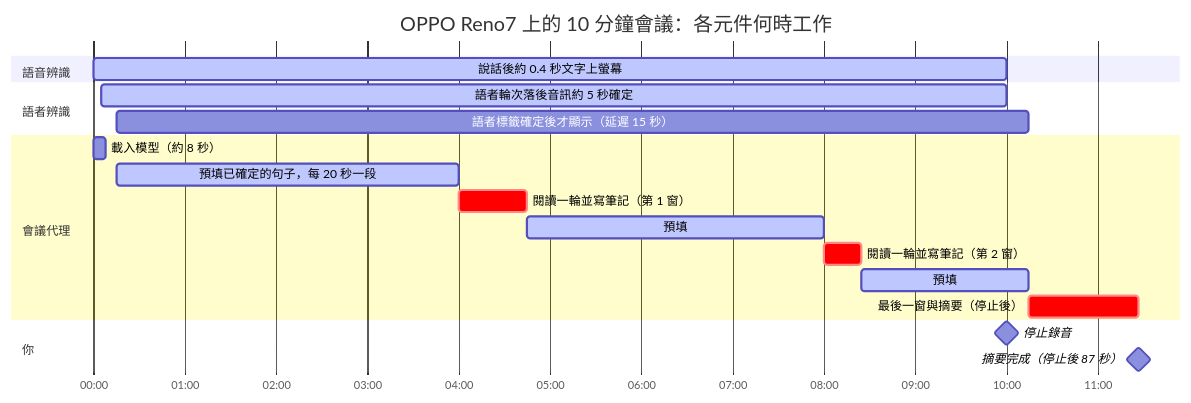
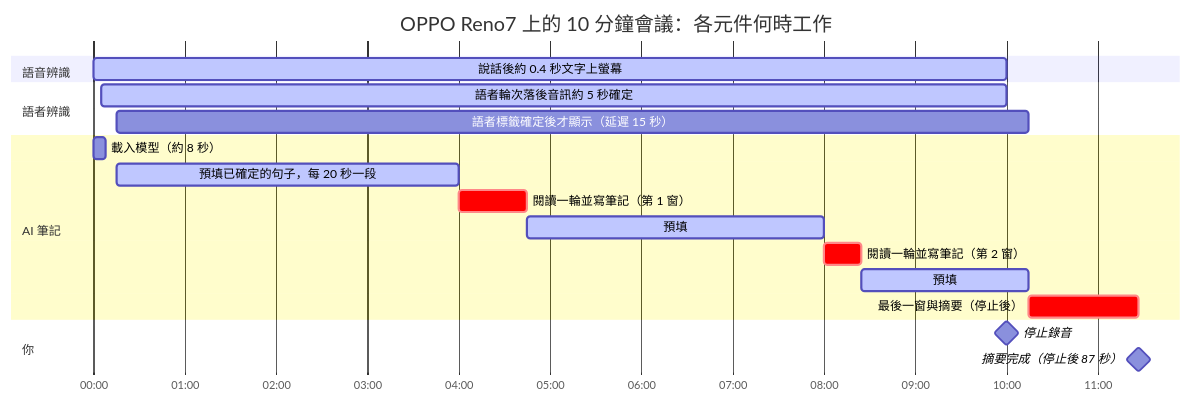
The diagram in README.md (vieenrose/VoxSum), drawn with Mermaid before and after one commit. The commit also changed other lines of this file and 6 other files, not shown here.

````diff
--- a/README.md
+++ b/README.md
@@ -107,22 +107,22 @@
 ```mermaid
 gantt
     title OPPO Reno7 上的 10 分鐘會議：各元件何時工作
     dateFormat mm:ss
     axisFormat %M:%S
     section 語音辨識
     說話後約 0.4 秒文字上螢幕                :active, a1, 00:00, 10:00
     section 語者辨識
     語者輪次落後音訊約 5 秒確定              :active, d1, 00:05, 10:00
     語者標籤確定後才顯示（延遲 15 秒）        :d2, 00:15, 10:15
-    section 會議代理
+    section AI 筆記
     載入模型（約 8 秒）                      :g0, 00:00, 00:08
     預填已確定的句子，每 20 秒一段            :active, g1, 00:15, 04:00
     閱讀一輪並寫筆記（第 1 窗）               :crit, g2, 04:00, 04:45
     預填                                    :active, g3, 04:45, 08:00
     閱讀一輪並寫筆記（第 2 窗）               :crit, g4, 08:00, 08:25
     預填                                    :active, g5, 08:25, 10:15
     最後一窗與摘要（停止後）                  :crit, g6, 10:15, 11:27
     section 你
     停止錄音                                :milestone, m1, 10:00, 0s
     摘要完成（停止後 87 秒）                  :milestone, m2, 11:27, 0s
 ```
````
